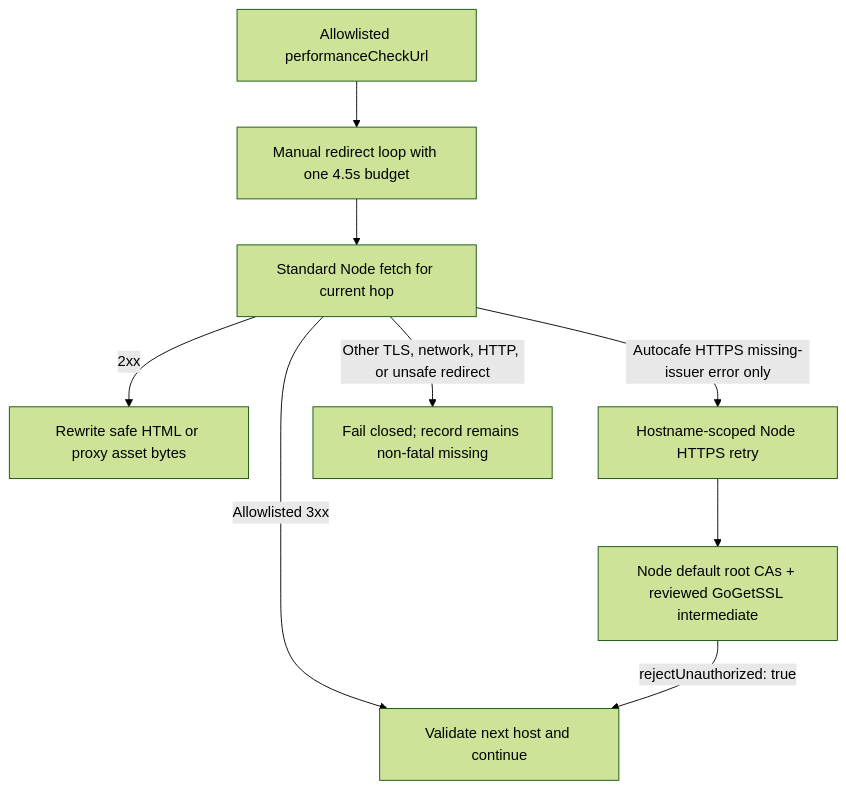
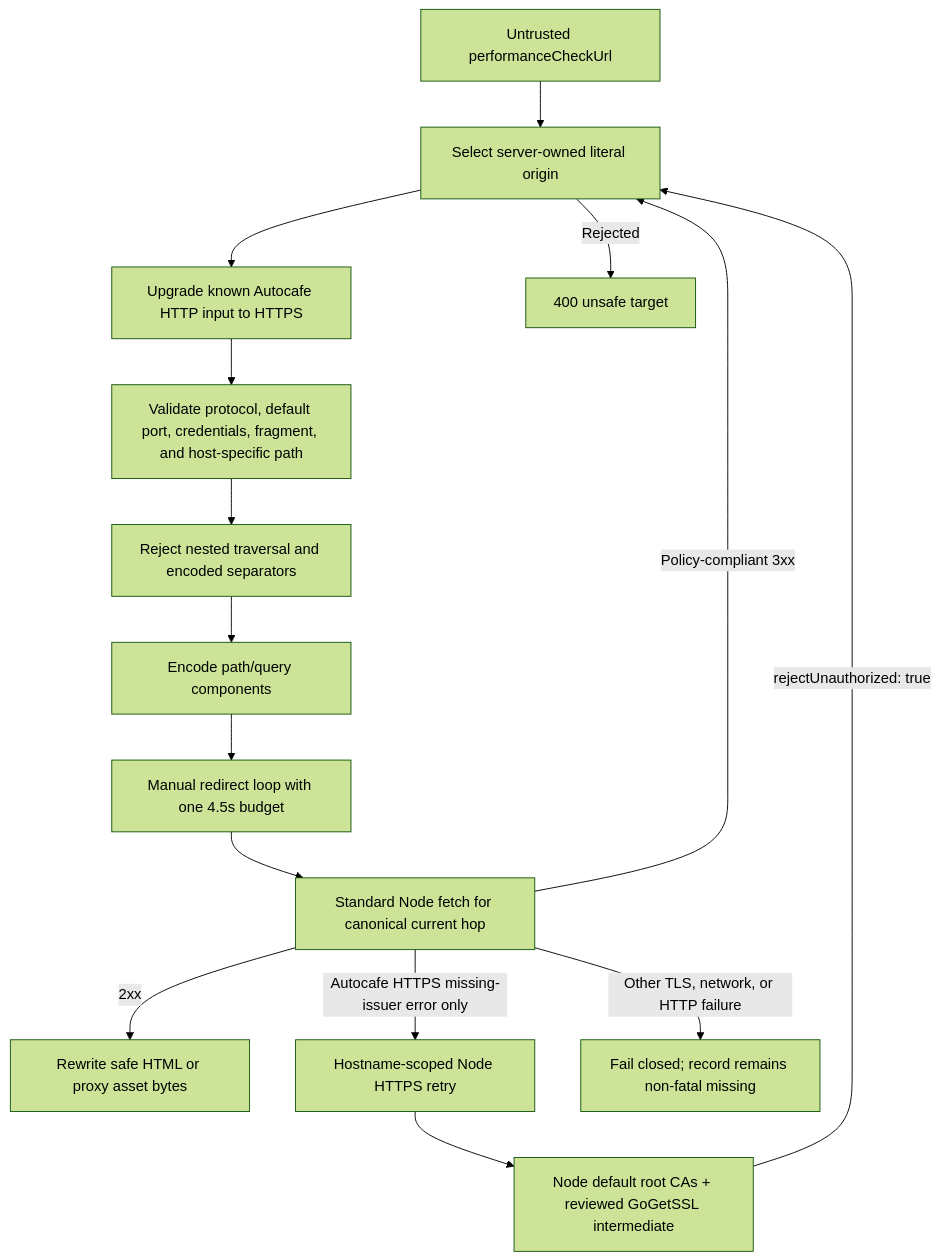
One commit to jaem1n207/truck-harvester changed the fourth of 4 diagrams in docs/architecture.md. Above: the diagram before and after it, drawn with Mermaid (forest theme). The commit also changed other lines of this file, not shown here.

Commit message:
docs: checkpaper outbound 신뢰 경계 보강

````diff
--- a/docs/architecture.md
+++ b/docs/architecture.md
@@ -208,11 +208,17 @@
 ```mermaid
 flowchart TD
-  A["Allowlisted performanceCheckUrl"] --> B["Manual redirect loop with one 4.5s budget"]
-  B --> C["Standard Node fetch for current hop"]
-  C -->|"2xx"| D["Rewrite safe HTML or proxy asset bytes"]
-  C -->|"Allowlisted 3xx"| E["Validate next host and continue"]
-  C -->|"Autocafe HTTPS missing-issuer error only"| F["Hostname-scoped Node HTTPS retry"]
-  F --> G["Node default root CAs + reviewed GoGetSSL intermediate"]
-  G -->|"rejectUnauthorized: true"| E
-  C -->|"Other TLS, network, HTTP, or unsafe redirect"| H["Fail closed; record remains non-fatal missing"]
+  A["Untrusted performanceCheckUrl"] --> B["Select server-owned literal origin"]
+  B --> C["Upgrade known Autocafe HTTP input to HTTPS"]
+  C --> D["Validate protocol, default port, credentials, fragment, and host-specific path"]
+  D --> E["Reject nested traversal and encoded separators"]
+  E --> F["Encode path/query components"]
+  F --> G["Manual redirect loop with one 4.5s budget"]
+  G --> H["Standard Node fetch for canonical current hop"]
+  H -->|"2xx"| I["Rewrite safe HTML or proxy asset bytes"]
+  H -->|"Policy-compliant 3xx"| B
+  H -->|"Autocafe HTTPS missing-issuer error only"| J["Hostname-scoped Node HTTPS retry"]
+  J --> K["Node default root CAs + reviewed GoGetSSL intermediate"]
+  K -->|"rejectUnauthorized: true"| B
+  B -->|"Rejected"| L["400 unsafe target"]
+  H -->|"Other TLS, network, or HTTP failure"| M["Fail closed; record remains non-fatal missing"]
 ```
````
